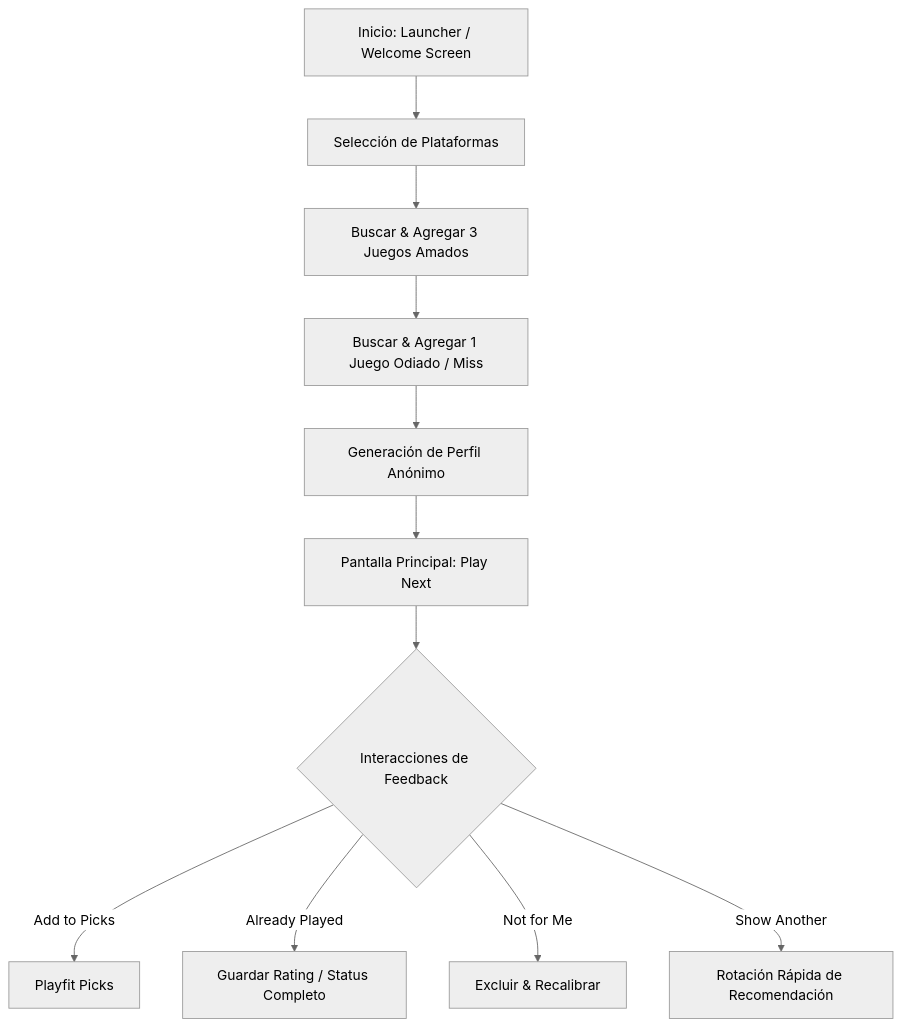
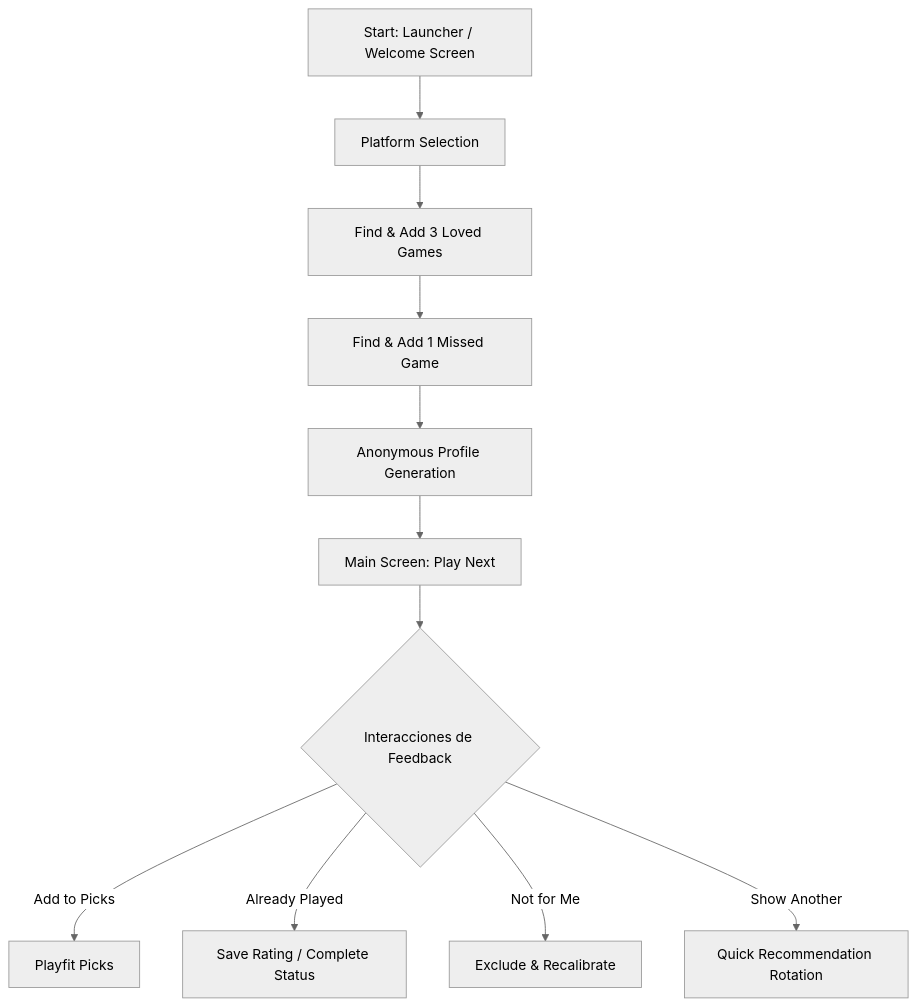
Before and after one commit to carloseav15/playfit-ios: the diagram in docs/first-time-experience.md, drawn with Mermaid (neutral theme). The commit also changed other lines of this file and 9 other files, not shown here.

````diff
--- a/docs/first-time-experience.md
+++ b/docs/first-time-experience.md
@@ -18,13 +18,13 @@
 ```mermaid
 graph TD
-    A[Inicio: Launcher / Welcome Screen] --> B[Selección de Plataformas]
-    B --> C[Buscar & Agregar 3 Juegos Amados]
-    C --> D[Buscar & Agregar 1 Juego Odiado / Miss]
-    D --> E[Generación de Perfil Anónimo]
-    E --> F[Pantalla Principal: Play Next]
+    A[Start: Launcher / Welcome Screen] --> B[Platform Selection]
+    B --> C[Find & Add 3 Loved Games]
+    C --> D[Find & Add 1 Missed Game]
+    D --> E[Anonymous Profile Generation]
+    E --> F[Main Screen: Play Next]
     F --> G{Interacciones de Feedback}
     G -->|Add to Picks| H[Playfit Picks]
-    G -->|Already Played| I[Guardar Rating / Status Completo]
-    G -->|Not for Me| J[Excluir & Recalibrar]
-    G -->|Show Another| K[Rotación Rápida de Recomendación]
+    G -->|Already Played| I[Save Rating / Complete Status]
+    G -->|Not for Me| J[Exclude & Recalibrate]
+    G -->|Show Another| K[Quick Recommendation Rotation]
 ```
````
